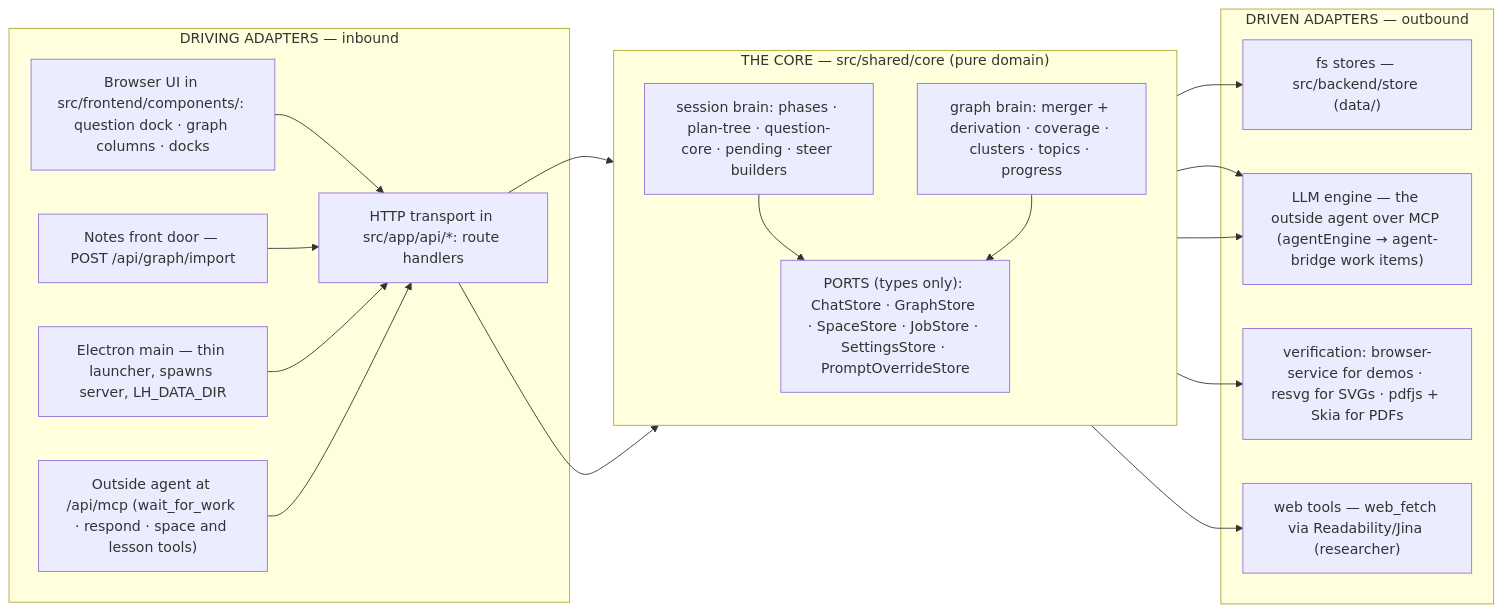
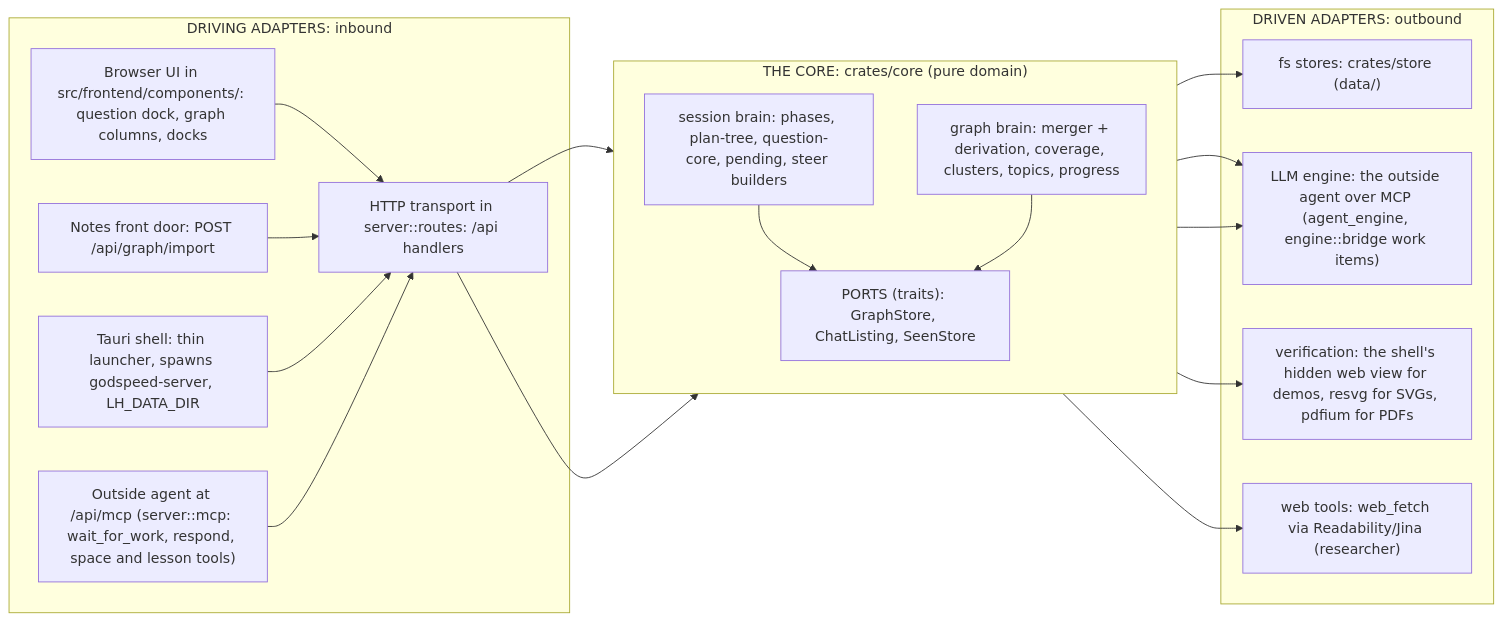
The second of 7 diagrams in docs/architecture.md (bayshores/godspeed), drawn with Mermaid before and after one commit. The commit also changed other lines of this file and 5 other files, not shown here.

Commit message:
Rewrite the README, development guide, architecture and Rust server docs for the Rust server and the Tauri shell

````diff
--- a/docs/architecture.md
+++ b/docs/architecture.md
@@ -172,38 +178,38 @@
 ```mermaid
 flowchart LR
-    subgraph DRIVING["DRIVING ADAPTERS — inbound"]
-        BROWSER["Browser UI in src/frontend/components/: question dock · graph columns · docks"]
-        HTTP["HTTP transport in src/app/api/*: route handlers"]
-        MCPIN["Outside agent at /api/mcp (wait_for_work · respond · space and lesson tools)"]
-        NOTES["Notes front door — POST /api/graph/import"]
-        ELEC["Electron main — thin launcher, spawns server, LH_DATA_DIR"]
+    subgraph DRIVING["DRIVING ADAPTERS: inbound"]
+        BROWSER["Browser UI in src/frontend/components/: question dock, graph columns, docks"]
+        HTTP["HTTP transport in server::routes: /api handlers"]
+        MCPIN["Outside agent at /api/mcp (server::mcp: wait_for_work, respond, space and lesson tools)"]
+        NOTES["Notes front door: POST /api/graph/import"]
+        TAURI["Tauri shell: thin launcher, spawns godspeed-server, LH_DATA_DIR"]
     end
 
-    subgraph HEXCORE["THE CORE — src/shared/core (pure domain)"]
+    subgraph HEXCORE["THE CORE: crates/core (pure domain)"]
         direction TB
-        SESS["session brain: phases · plan-tree · question-core · pending · steer builders"]
-        GBRAIN["graph brain: merger + derivation · coverage · clusters · topics · progress"]
-        PORTSBOX["PORTS (types only): ChatStore · GraphStore · SpaceStore · JobStore · SettingsStore · PromptOverrideStore"]
+        SESS["session brain: phases, plan-tree, question-core, pending, steer builders"]
+        GBRAIN["graph brain: merger + derivation, coverage, clusters, topics, progress"]
+        PORTSBOX["PORTS (traits): GraphStore, ChatListing, SeenStore"]
     end
 
-    subgraph DRIVEN["DRIVEN ADAPTERS — outbound"]
-        FS["fs stores — src/backend/store (data/)"]
-        LLM["LLM engine — the outside agent over MCP (agentEngine → agent-bridge work items)"]
-        HEAD["verification: browser-service for demos · resvg for SVGs · pdfjs + Skia for PDFs"]
-        WEB["web tools — web_fetch via Readability/Jina (researcher)"]
+    subgraph DRIVEN["DRIVEN ADAPTERS: outbound"]
+        FS["fs stores: crates/store (data/)"]
+        LLM["LLM engine: the outside agent over MCP (agent_engine, engine::bridge work items)"]
+        HEAD["verification: the shell's hidden web view for demos, resvg for SVGs, pdfium for PDFs"]
+        WEB["web tools: web_fetch via Readability/Jina (researcher)"]
     end
 
     BROWSER --> HTTP
     NOTES --> HTTP
-    ELEC --> HTTP
+    TAURI --> HTTP
     MCPIN --> HTTP
     HTTP --> SESS
     HTTP --> GBRAIN
     SESS --> PORTSBOX
     GBRAIN --> PORTSBOX
     PORTSBOX --> FS
     SESS --> LLM
     GBRAIN --> LLM
     SESS --> HEAD
     SESS --> WEB
 ```
````
